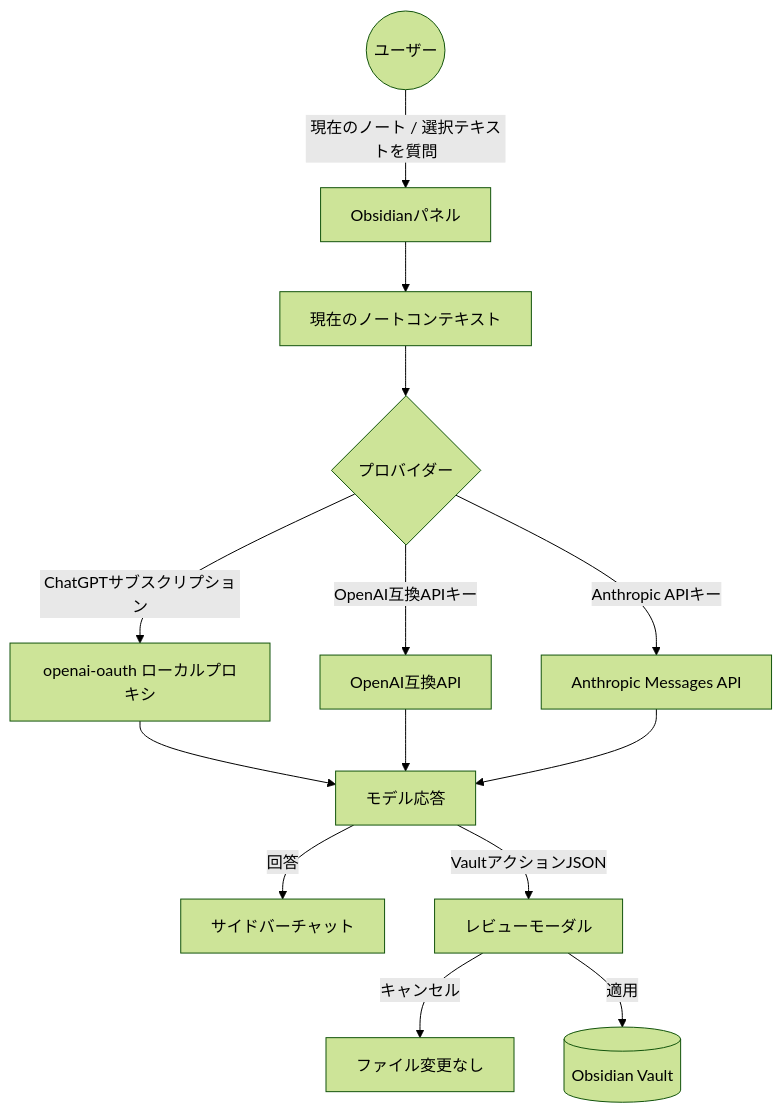
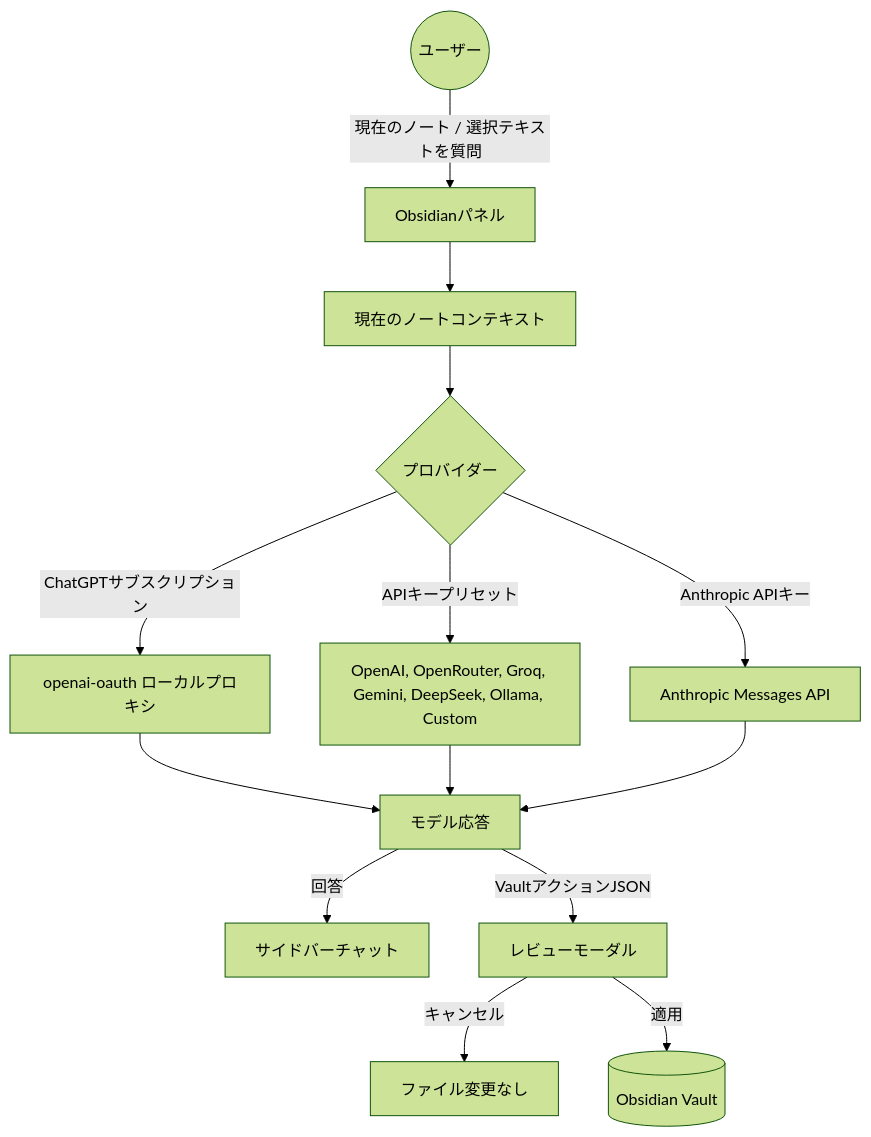
One commit to lowshot31/vault-action-bridge changed the diagram in ja/README.ja.md. Above: the diagram before and after it, drawn with Mermaid (forest theme). The commit also changed other lines of this file and 25 other files, not shown here.

Commit message:
docs: add comprehensive architecture documentation, internationalized project guidelines, and a release validation script.

````diff
--- a/ja/README.ja.md
+++ b/ja/README.ja.md
@@ -36,19 +52,19 @@
 ```mermaid
 graph TD
     User((ユーザー)) -->|"現在のノート / 選択テキストを質問"| Panel[Obsidianパネル]
     Panel --> Context[現在のノートコンテキスト]
     Context --> Provider{プロバイダー}
 
     Provider -->|"ChatGPTサブスクリプション"| OAuth[openai-oauth ローカルプロキシ]
-    Provider -->|"OpenAI互換APIキー"| Compatible[OpenAI互換API]
+    Provider -->|"APIキープリセット"| Compatible[OpenAI, OpenRouter, Groq, Gemini, DeepSeek, Ollama, Custom]
     Provider -->|"Anthropic APIキー"| Anthropic[Anthropic Messages API]
 
     OAuth --> Model[モデル応答]
     Compatible --> Model
     Anthropic --> Model
 
     Model -->|"回答"| Chat[サイドバーチャット]
     Model -->|"VaultアクションJSON"| Review[レビューモーダル]
     Review -->|"キャンセル"| Stop[ファイル変更なし]
     Review -->|"適用"| Vault[(Obsidian Vault)]
 ```
````
